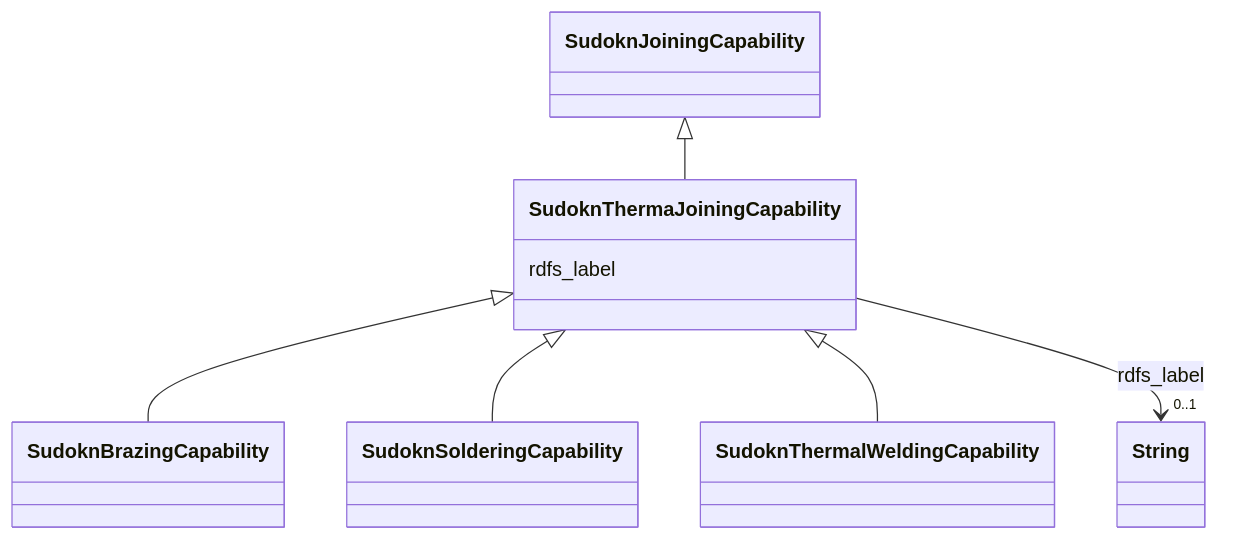
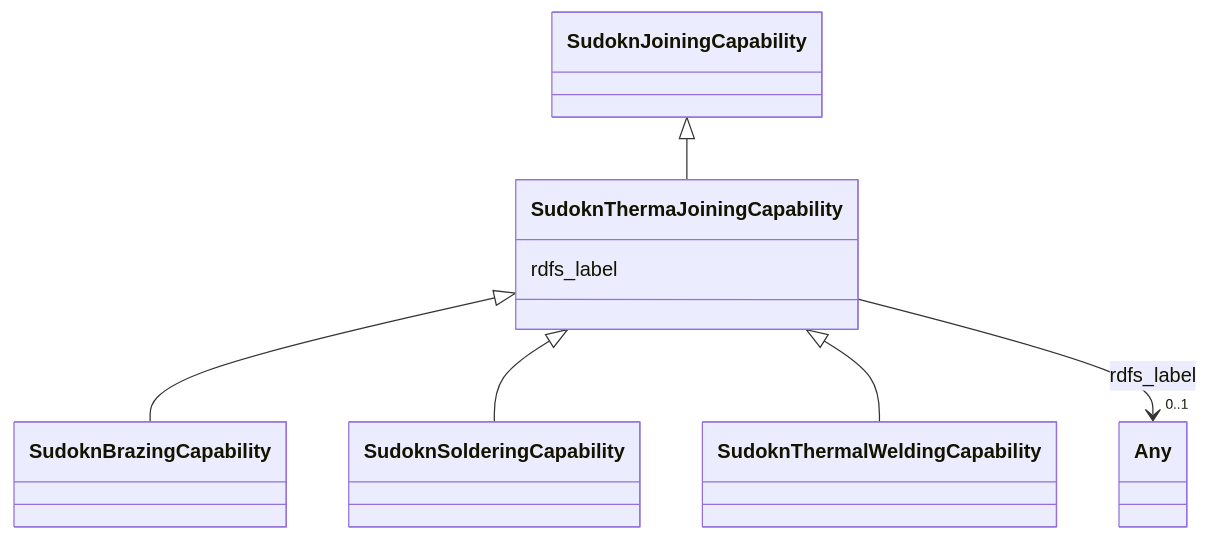
The diagram in sudokn-kg/classes/SudoknThermaJoiningCapability.md (frink-okn/graph-descriptions), drawn with Mermaid before and after one commit. The commit also changed other lines of this file and 903 other files, not shown here.

````diff
--- a/sudokn-kg/classes/SudoknThermaJoiningCapability.md
+++ b/sudokn-kg/classes/SudoknThermaJoiningCapability.md
@@ -23,27 +16,27 @@
 ```mermaid
  classDiagram
     class SudoknThermaJoiningCapability
     click SudoknThermaJoiningCapability href "../SudoknThermaJoiningCapability"
       SudoknJoiningCapability <|-- SudoknThermaJoiningCapability
         click SudoknJoiningCapability href "../SudoknJoiningCapability"
       
 
       SudoknThermaJoiningCapability <|-- SudoknBrazingCapability
         click SudoknBrazingCapability href "../SudoknBrazingCapability"
       SudoknThermaJoiningCapability <|-- SudoknSolderingCapability
         click SudoknSolderingCapability href "../SudoknSolderingCapability"
       SudoknThermaJoiningCapability <|-- SudoknThermalWeldingCapability
         click SudoknThermalWeldingCapability href "../SudoknThermalWeldingCapability"
       
       
       SudoknThermaJoiningCapability : rdfs_label
         
           
     
     
-    SudoknThermaJoiningCapability --> "0..1" String : rdfs_label
-    click String href "../String"
+    SudoknThermaJoiningCapability --> "0..1" Any : rdfs_label
+    click Any href "../Any"
 
         
       
 ```
````
